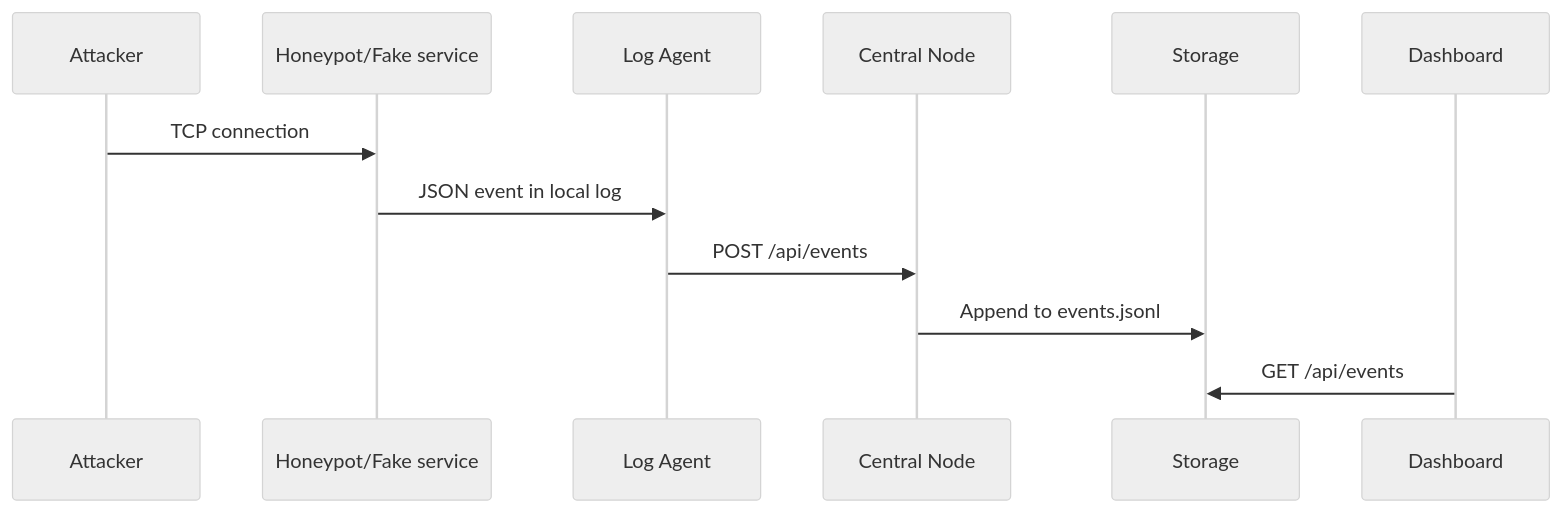
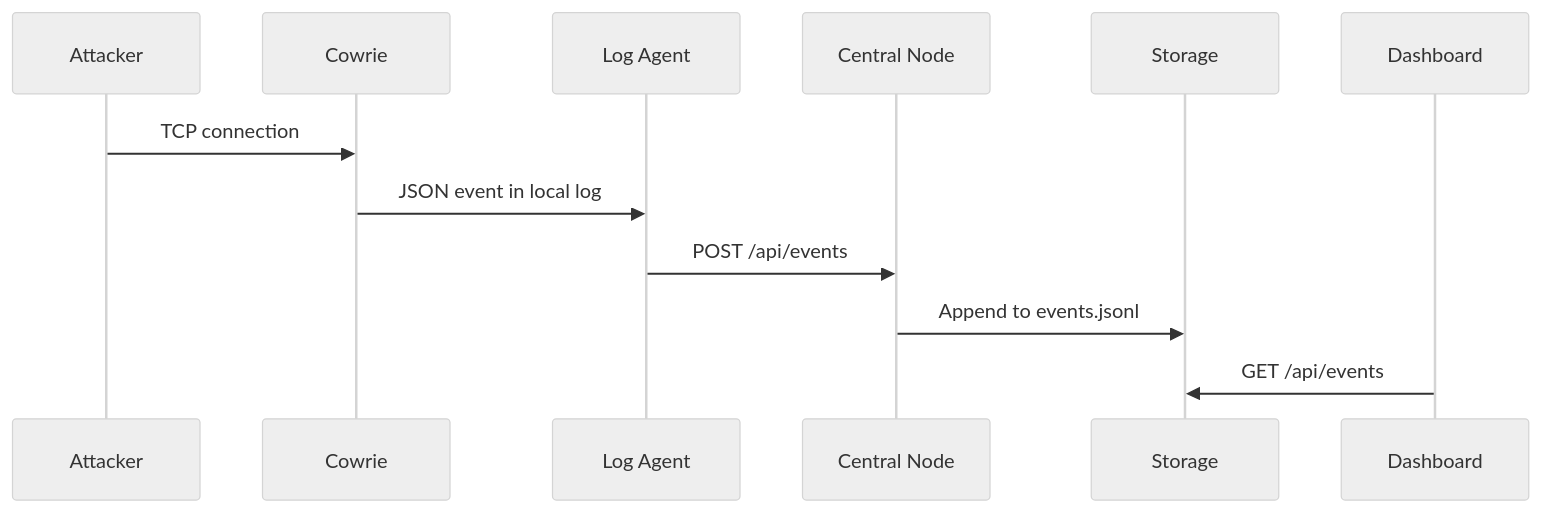
One commit to SoffTiAmS2/early-detection-complex changed the diagram in docs/architecture.md. Above: the diagram before and after it, drawn with Mermaid (neutral theme). The commit also changed other lines of this file and 22 other files, not shown here.

Commit message:
Replace fake sensor runtime with Cowrie

````diff
--- a/docs/architecture.md
+++ b/docs/architecture.md
@@ -17,15 +17,15 @@
 ```mermaid
 sequenceDiagram
     participant A as Attacker
-    participant H as Honeypot/Fake service
+    participant H as Cowrie
     participant L as Log Agent
     participant C as Central Node
     participant S as Storage
     participant D as Dashboard
 
     A->>H: TCP connection
     H->>L: JSON event in local log
     L->>C: POST /api/events
     C->>S: Append to events.jsonl
     D->>S: GET /api/events
 ```
````
